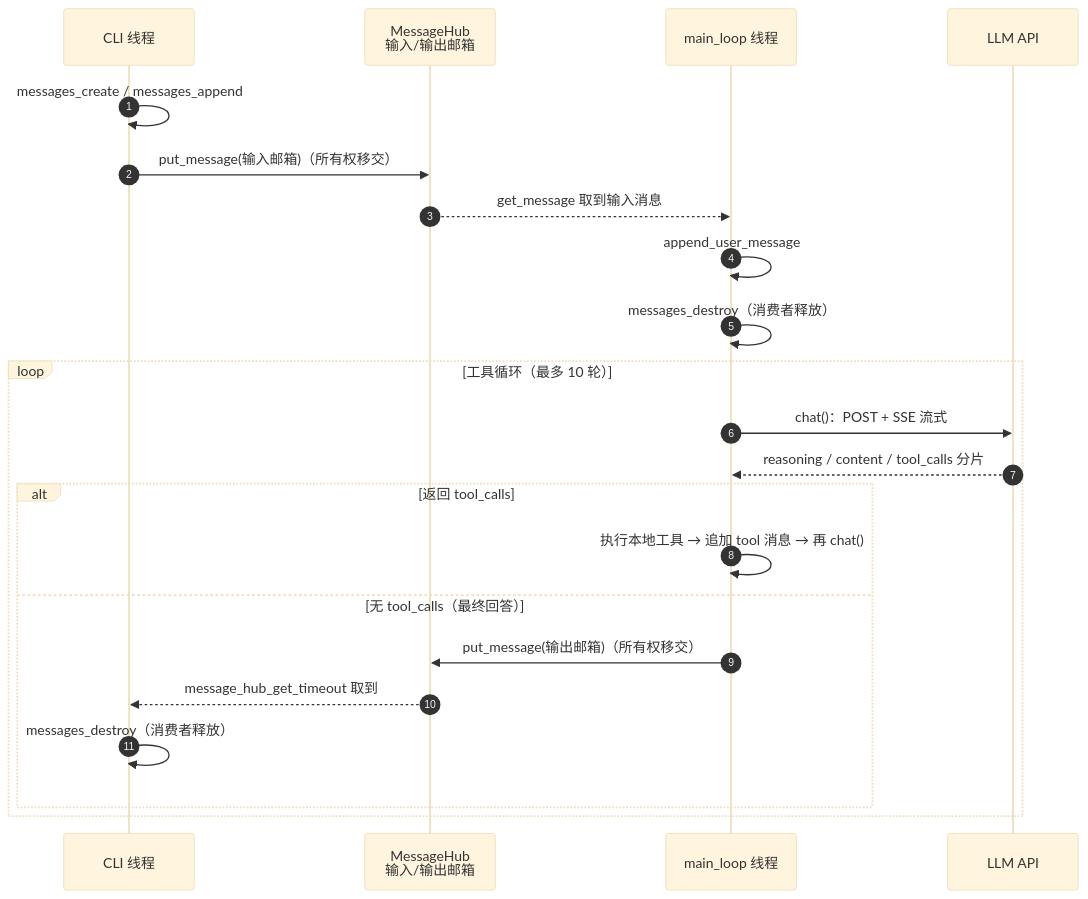
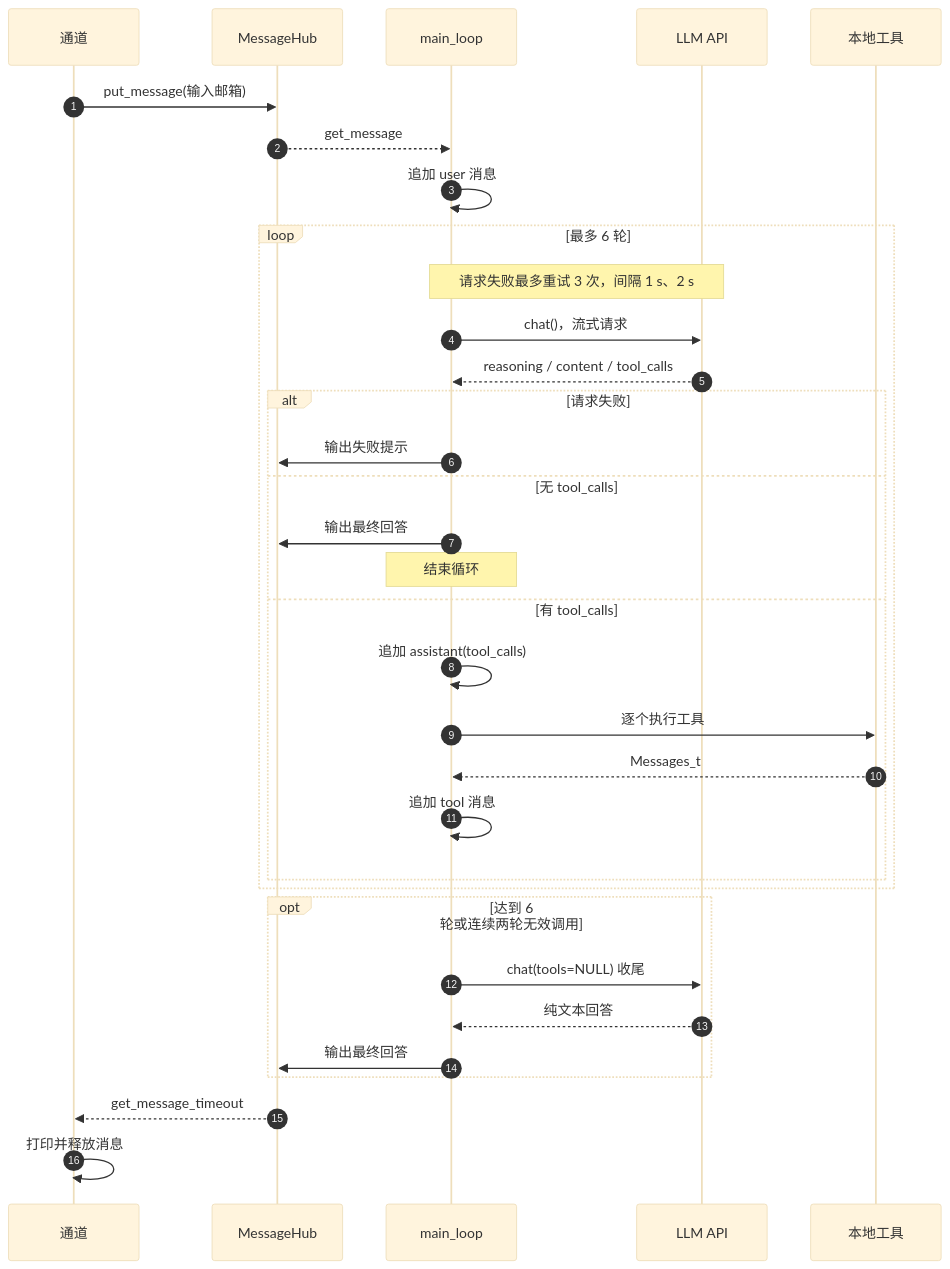
Before and after one commit to CXSforHPU/Agent: the first of 2 diagrams in docs/framework.md, drawn with Mermaid (base theme). The commit also changed other lines of this file and 22 other files, not shown here.

Commit message:
[docs]更新文档，架构图，流程图采用drawio绘制

````diff
--- a/docs/framework.md
+++ b/docs/framework.md
@@ -174,26 +227,40 @@
 ```mermaid
 sequenceDiagram
     autonumber
-    participant CLI as CLI 线程
-    participant MB as MessageHub<br/>输入/输出邮箱
-    participant ML as main_loop 线程
+    participant CH as 通道
+    participant MB as MessageHub
+    participant ML as main_loop
     participant LLM as LLM API
+    participant TL as 本地工具
 
-    CLI->>CLI: messages_create / messages_append
-    CLI->>MB: put_message(输入邮箱)（所有权移交）
-    MB-->>ML: get_message 取到输入消息
-    ML->>ML: append_user_message
-    ML->>ML: messages_destroy（消费者释放）
+    CH->>MB: put_message(输入邮箱)
+    MB-->>ML: get_message
+    ML->>ML: 追加 user 消息
 
-    loop 工具循环（最多 10 轮）
-        ML->>LLM: chat()：POST + SSE 流式
-        LLM-->>ML: reasoning / content / tool_calls 分片
-        alt 返回 tool_calls
-            ML->>ML: 执行本地工具 → 追加 tool 消息 → 再 chat()
-        else 无 tool_calls（最终回答）
-            ML->>MB: put_message(输出邮箱)（所有权移交）
-            MB-->>CLI: message_hub_get_timeout 取到
-            CLI->>CLI: messages_destroy（消费者释放）
+    loop 最多 6 轮
+        Note over ML,LLM: 请求失败最多重试 3 次，间隔 1 s、2 s
+        ML->>LLM: chat()，流式请求
+        LLM-->>ML: reasoning / content / tool_calls
+
+        alt 请求失败
+            ML->>MB: 输出失败提示
+        else 无 tool_calls
+            ML->>MB: 输出最终回答
+            Note over ML: 结束循环
+        else 有 tool_calls
+            ML->>ML: 追加 assistant(tool_calls)
+            ML->>TL: 逐个执行工具
+            TL-->>ML: Messages_t
+            ML->>ML: 追加 tool 消息
         end
     end
+
+    opt 达到 6 轮或连续两轮无效调用
+        ML->>LLM: chat(tools=NULL) 收尾
+        LLM-->>ML: 纯文本回答
+        ML->>MB: 输出最终回答
+    end
+
+    MB-->>CH: get_message_timeout
+    CH->>CH: 打印并释放消息
 ```
````
